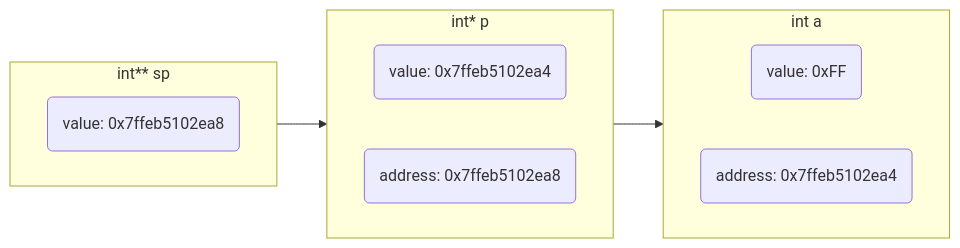
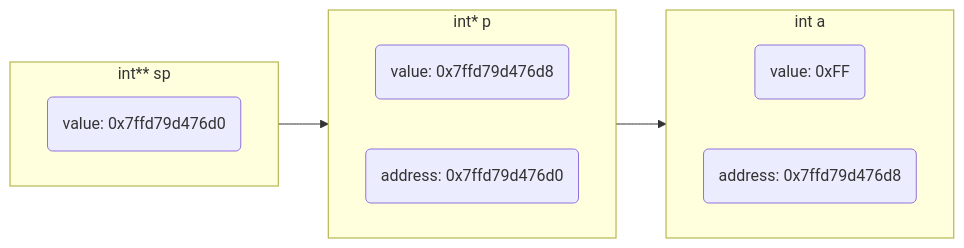
One commit to dmjcb/dmjcb.github.io changed the tenth of 11 diagrams in _posts/language/c_c++/pointer/2022-01-08-指针.md. Above: the diagram before and after it, drawn with Mermaid. The commit also changed other lines of this file and 53 other files, not shown here.

````diff
--- a/_posts/language/c_c++/pointer/2022-01-08-指针.md
+++ b/_posts/language/c_c++/pointer/2022-01-08-指针.md
@@ -459,19 +459,19 @@
 ```mermaid
 graph LR;
     subgraph S1[int a]
         direction LR
         V1(value: 0xFF)
-        A1(address: 0x7ffeb5102ea4)
+        A1(address: 0x7ffd79d476d8)
     end
     subgraph S2[int* p]
         direction LR
-        V2(value: 0x7ffeb5102ea4)
-        A2(address: 0x7ffeb5102ea8)
+        V2(value: 0x7ffd79d476d8)
+        A2(address: 0x7ffd79d476d0)
     end
     subgraph S3[int** sp]
         direction LR
-        V3(value: 0x7ffeb5102ea8)
+        V3(value: 0x7ffd79d476d0)
     end
     V3-->A2
     V2-->A1
 ```
````
